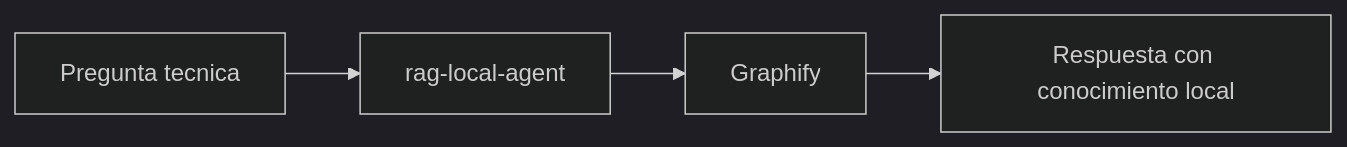
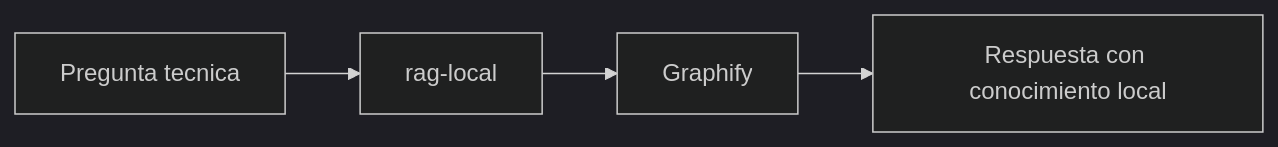
Before and after one commit to Sertxito/mcp-efficiency-engine: the diagram in examples/use-cases/rag-local.md, drawn with Mermaid (dark theme). The commit also changed other lines of this file and 51 other files, not shown here.

````diff
--- a/examples/use-cases/rag-local.md
+++ b/examples/use-cases/rag-local.md
@@ -26,6 +26,6 @@
 ```mermaid
 flowchart LR
-  Q[Pregunta tecnica] --> RLOCAL[rag-local-agent]
+  Q[Pregunta tecnica] --> RLOCAL[rag-local]
   RLOCAL --> GF[Graphify]
   GF --> RESP[Respuesta con conocimiento local]
 ```
````
